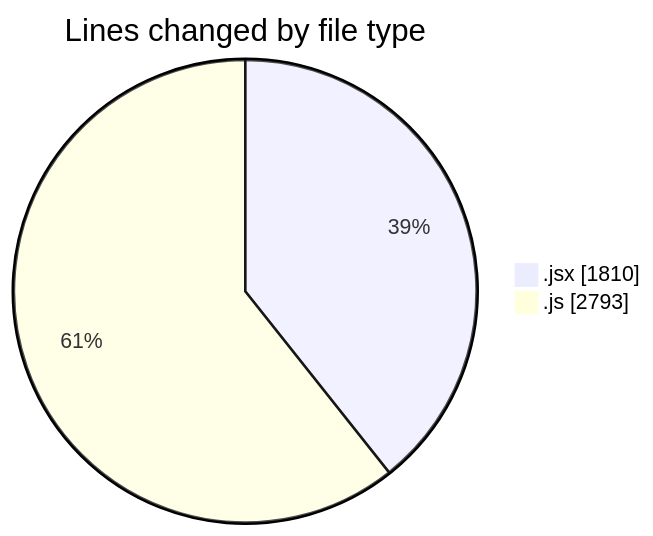
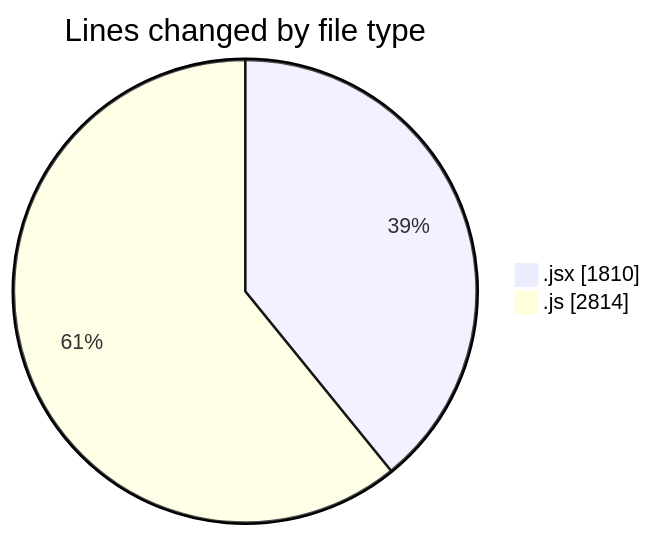
The first of 2 diagrams in 2025-11-07/nxtqube_webapp/README.md (nxtqubesakshisongat/code-tracking), drawn with Mermaid before and after one commit. The commit also changed other lines of this file and 1 other file, not shown here.

````diff
--- a/2025-11-07/nxtqube_webapp/README.md
+++ b/2025-11-07/nxtqube_webapp/README.md
@@ -27,6 +27,6 @@
 ```mermaid
 pie showData
 title Lines changed by file type
 ".jsx" : 1810
-".js" : 2793
+".js" : 2814
 ```
````
